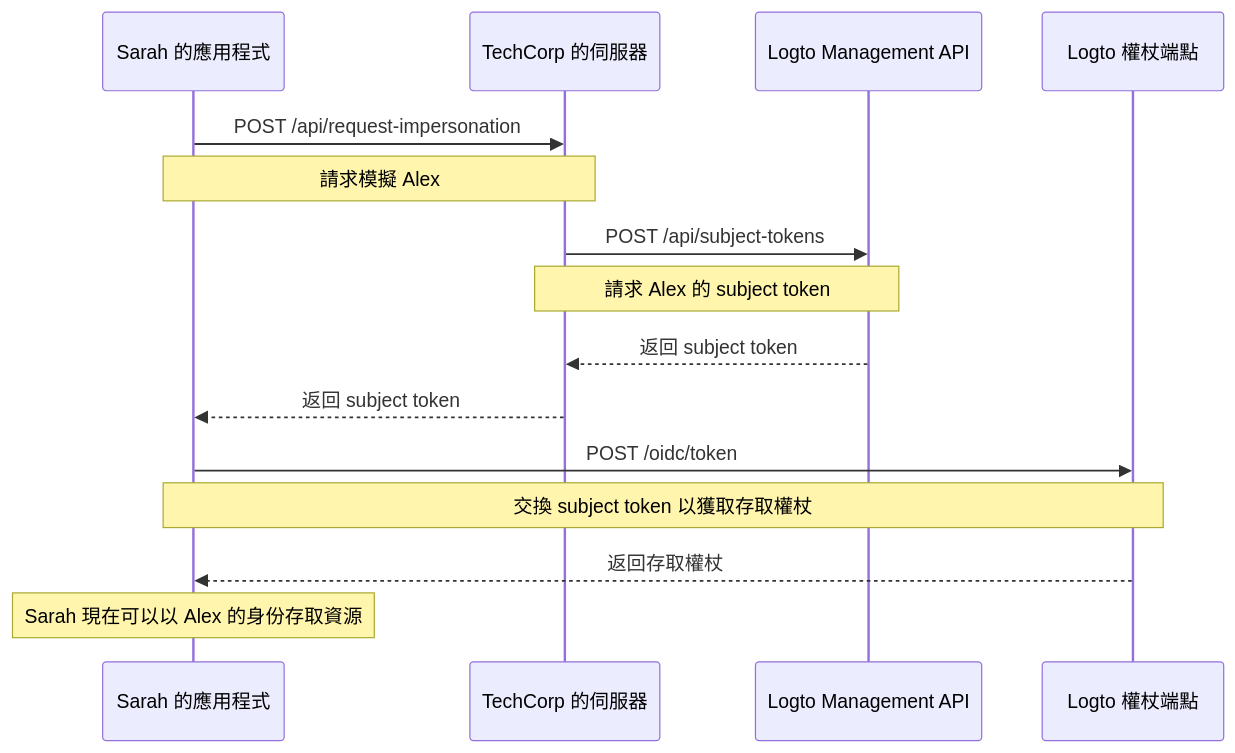
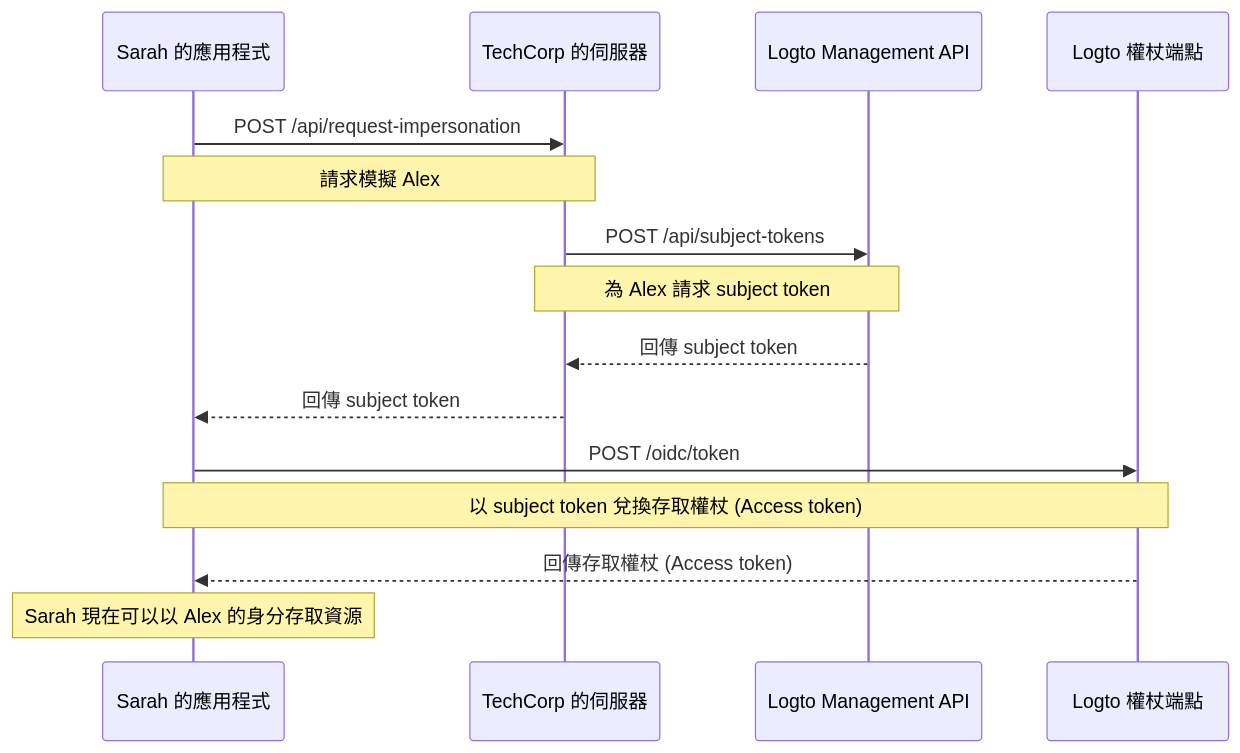
One commit to logto-io/docs changed the diagram in i18n/zh-TW/docusaurus-plugin-content-docs/current/developers/user-impersonation.mdx. Above: the diagram before and after it, drawn with Mermaid. The commit also changed other lines of this file and 233 other files, not shown here.

````diff
--- a/i18n/zh-TW/docusaurus-plugin-content-docs/current/developers/user-impersonation.mdx
+++ b/i18n/zh-TW/docusaurus-plugin-content-docs/current/developers/user-impersonation.mdx
@@ -16,22 +16,22 @@
 ```mermaid
 sequenceDiagram
     participant Sarah as Sarah 的應用程式
     participant TechCorp as TechCorp 的伺服器
     participant Logto as Logto Management API
     participant LogtoToken as Logto 權杖端點
 
     Sarah->>TechCorp: POST /api/request-impersonation
     Note over Sarah,TechCorp: 請求模擬 Alex
 
     TechCorp->>Logto: POST /api/subject-tokens
-    Note over TechCorp,Logto: 請求 Alex 的 subject token
+    Note over TechCorp,Logto: 為 Alex 請求 subject token
 
-    Logto-->>TechCorp: 返回 subject token
-    TechCorp-->>Sarah: 返回 subject token
+    Logto-->>TechCorp: 回傳 subject token
+    TechCorp-->>Sarah: 回傳 subject token
 
     Sarah->>LogtoToken: POST /oidc/token
-    Note over Sarah,LogtoToken: 交換 subject token 以獲取存取權杖
+    Note over Sarah,LogtoToken: 以 subject token 兌換存取權杖 (Access token)
 
-    LogtoToken-->>Sarah: 返回存取權杖
-    Note over Sarah: Sarah 現在可以以 Alex 的身份存取資源
+    LogtoToken-->>Sarah: 回傳存取權杖 (Access token)
+    Note over Sarah: Sarah 現在可以以 Alex 的身分存取資源
 ```
````
